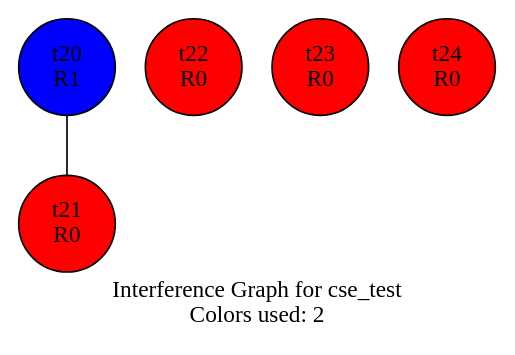
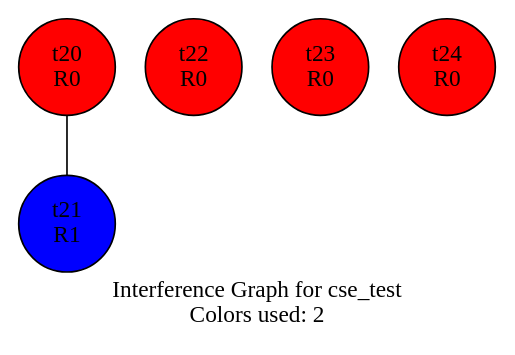
The diagram in HW4_ir/interference/interference_graph_test9_cse_test.dot (NikolaiBalashovNSU/TVDSL), drawn with Graphviz before and after one commit. The commit also changed 3 other files, not shown here.

```diff
--- a/HW4_ir/interference/interference_graph_test9_cse_test.dot
+++ b/HW4_ir/interference/interference_graph_test9_cse_test.dot
@@ -1,10 +1,10 @@
 graph InterferenceGraph_cse_test {
   label="Interference Graph for cse_test\nColors used: 2";
   node [shape=circle];
-  t20 [style=filled, fillcolor=blue, label="t20\nR1"];
-  t21 [style=filled, fillcolor=red, label="t21\nR0"];
+  t20 [style=filled, fillcolor=red, label="t20\nR0"];
+  t21 [style=filled, fillcolor=blue, label="t21\nR1"];
   t22 [style=filled, fillcolor=red, label="t22\nR0"];
   t23 [style=filled, fillcolor=red, label="t23\nR0"];
   t24 [style=filled, fillcolor=red, label="t24\nR0"];
   t20 -- t21;
 }
```
